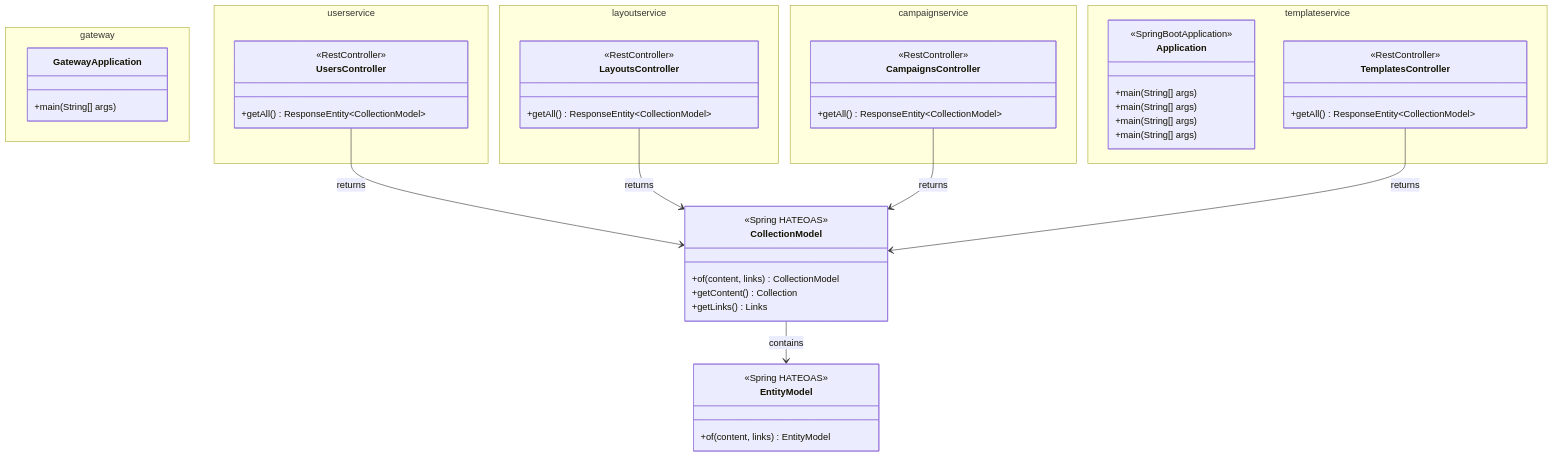
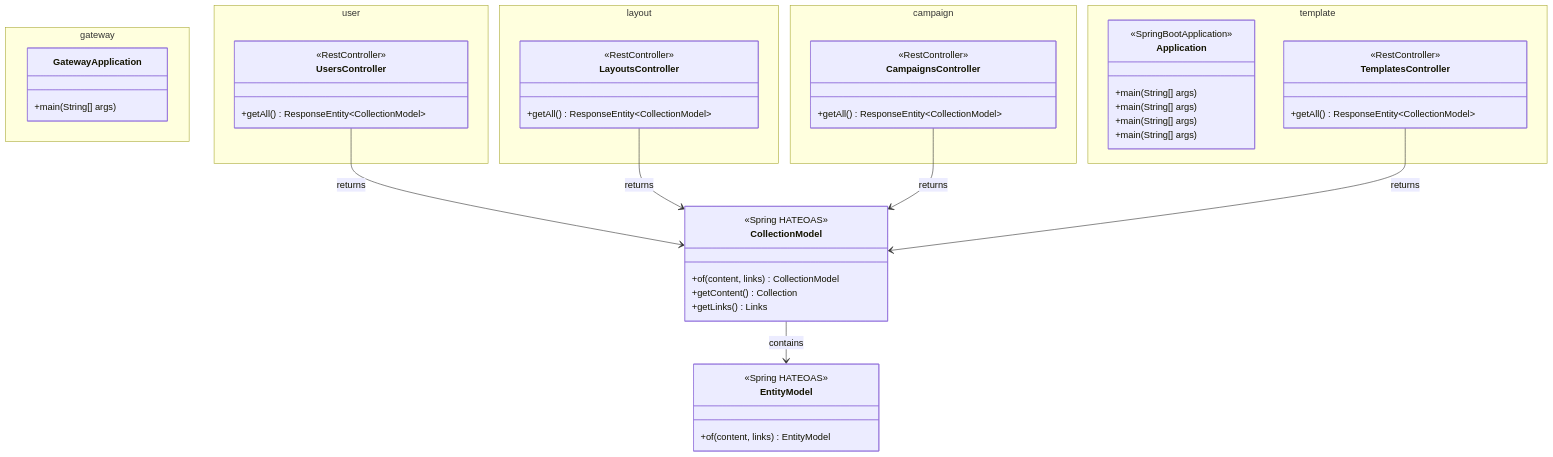
The first of 2 diagrams in docs/diagrams/class-diagram.md (VoidfulDawn/Encounters_of_the_Void), drawn with Mermaid before and after one commit. The commit also changed 1 other file, not shown here.

Commit message:
docs(TECH-012): update CHANGELOG and fix class diagram namespaces for PR review corrections
- Correct Spring Boot version in CHANGELOG Added section: 3.3.0 → 3.3.6
- Update test strategy description: @WebMvcTest → @SpringBootTest + @AutoConfigureMockMvc
- Add Fixed entries for TECH-012 PR review corrections: SB/SC version revert,
  security password removal, package renames, test resource relocation, Dockerfile
  quiet mode and relative ENTRYPOINT path
- Fix class-diagram.md namespace names from userservice/layoutservice/etc to
  user/layout/campaign/template matching actual Java package suffixes after rename

````diff
--- a/docs/diagrams/class-diagram.md
+++ b/docs/diagrams/class-diagram.md
@@ -9,74 +9,74 @@
 ```mermaid
 classDiagram
     namespace gateway {
         class GatewayApplication {
             +main(String[] args)
         }
     }
 
-    namespace userservice {
+    namespace user {
         class Application {
             <<SpringBootApplication>>
             +main(String[] args)
         }
         class UsersController {
             <<RestController>>
             <<RequestMapping /api/users>>
             +getAll() ResponseEntity~CollectionModel~
         }
     }
 
-    namespace layoutservice {
+    namespace layout {
         class Application {
             <<SpringBootApplication>>
             +main(String[] args)
         }
         class LayoutsController {
             <<RestController>>
             <<RequestMapping /api/layouts>>
             +getAll() ResponseEntity~CollectionModel~
         }
     }
 
-    namespace campaignservice {
+    namespace campaign {
         class Application {
             <<SpringBootApplication>>
             +main(String[] args)
         }
         class CampaignsController {
             <<RestController>>
             <<RequestMapping /api/campaigns>>
             +getAll() ResponseEntity~CollectionModel~
         }
     }
 
-    namespace templateservice {
+    namespace template {
         class Application {
             <<SpringBootApplication>>
             +main(String[] args)
         }
         class TemplatesController {
             <<RestController>>
             <<RequestMapping /api/templates>>
             +getAll() ResponseEntity~CollectionModel~
         }
     }
 
     class CollectionModel {
         <<Spring HATEOAS>>
         +of(content, links) CollectionModel
         +getContent() Collection
         +getLinks() Links
     }
 
     class EntityModel {
         <<Spring HATEOAS>>
         +of(content, links) EntityModel
     }
 
     UsersController --> CollectionModel : returns
     LayoutsController --> CollectionModel : returns
     CampaignsController --> CollectionModel : returns
     TemplatesController --> CollectionModel : returns
     CollectionModel --> EntityModel : contains
 ```
````
